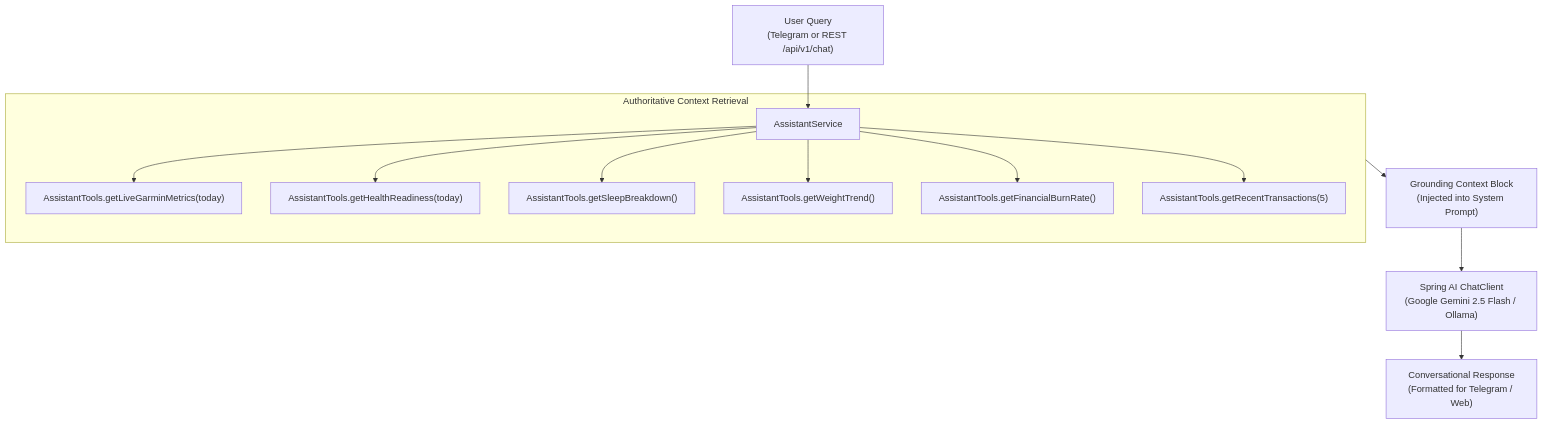
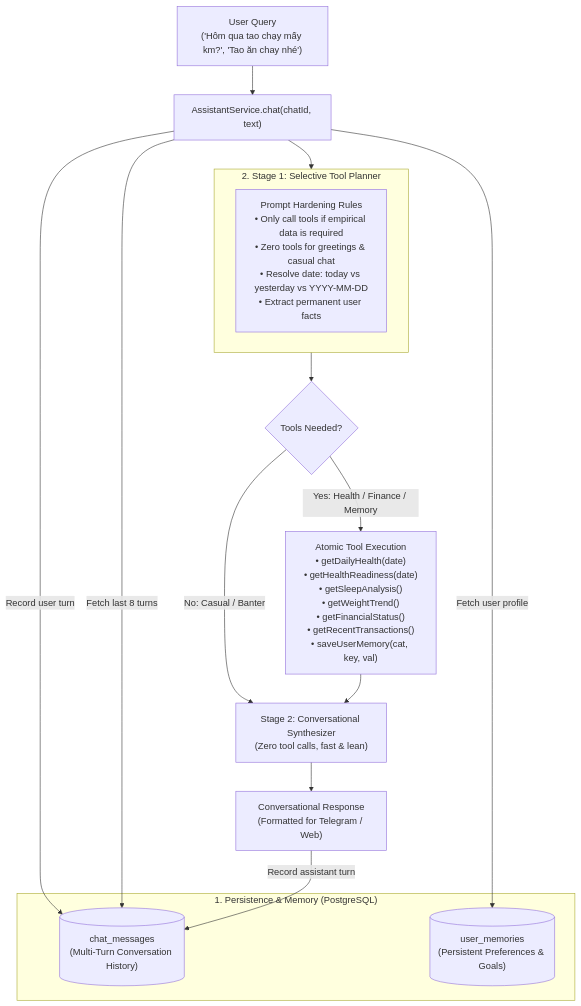
Before and after one commit to nhth1nh/Personal-Life-OS-Agent: the diagram in docs/assistance.md, drawn with Mermaid. The commit also changed other lines of this file and 14 other files, not shown here.

Commit message:
feat(assistant): atomic selective tool execution, multi-turn chat memory, user preferences store, and date queries

````diff
--- a/docs/assistance.md
+++ b/docs/assistance.md
@@ -19,17 +11,27 @@
 ```mermaid
 flowchart TD
-    User["User Query\n(Telegram or REST /api/v1/chat)"] --> AssistantService["AssistantService"]
+    User["User Query\n('Hôm qua tao chạy mấy km?', 'Tao ăn chay nhé')"] --> Assistant["AssistantService.chat(chatId, text)"]
     
-    subgraph Grounding["Authoritative Context Retrieval"]
-        AssistantService --> T1["AssistantTools.getLiveGarminMetrics(today)"]
-        AssistantService --> T2["AssistantTools.getHealthReadiness(today)"]
-        AssistantService --> T3["AssistantTools.getSleepBreakdown()"]
-        AssistantService --> T4["AssistantTools.getWeightTrend()"]
-        AssistantService --> T5["AssistantTools.getFinancialBurnRate()"]
-        AssistantService --> T6["AssistantTools.getRecentTransactions(5)"]
+    subgraph Storage["1. Persistence & Memory (PostgreSQL)"]
+        CM[("chat_messages\n(Multi-Turn Conversation History)")]
+        UM[("user_memories\n(Persistent Preferences & Goals)")]
     end
+    
+    Assistant -->|Record user turn| CM
+    Assistant -->|Fetch last 8 turns| CM
+    Assistant -->|Fetch user profile| UM
 
-    Grounding --> Prompt["Grounding Context Block\n(Injected into System Prompt)"]
-    Prompt --> LLM["Spring AI ChatClient\n(Google Gemini 2.5 Flash / Ollama)"]
-    LLM --> Response["Conversational Response\n(Formatted for Telegram / Web)"]
+    subgraph Planner["2. Stage 1: Selective Tool Planner"]
+        P["Prompt Hardening Rules\n• Only call tools if empirical data is required\n• Zero tools for greetings & casual chat\n• Resolve date: today vs yesterday vs YYYY-MM-DD\n• Extract permanent user facts"]
+    end
+    
+    Assistant --> Planner
+    Planner --> Decision{"Tools Needed?"}
+    
+    Decision -->|No: Casual / Banter| Synth["Stage 2: Conversational Synthesizer\n(Zero tool calls, fast & lean)"]
+    Decision -->|Yes: Health / Finance / Memory| Exec["Atomic Tool Execution\n• getDailyHealth(date)\n• getHealthReadiness(date)\n• getSleepAnalysis()\n• getWeightTrend()\n• getFinancialStatus()\n• getRecentTransactions()\n• saveUserMemory(cat, key, val)"]
+    
+    Exec --> Synth
+    Synth --> Reply["Conversational Response\n(Formatted for Telegram / Web)"]
+    Reply -->|Record assistant turn| CM
 ```
````
